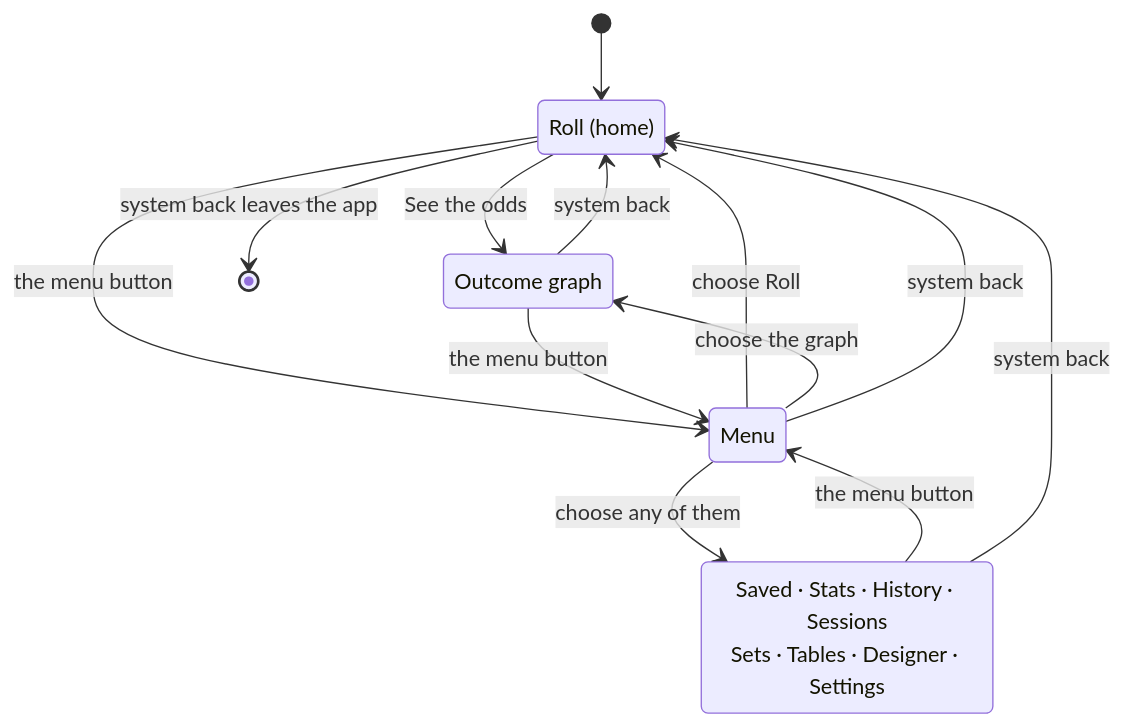
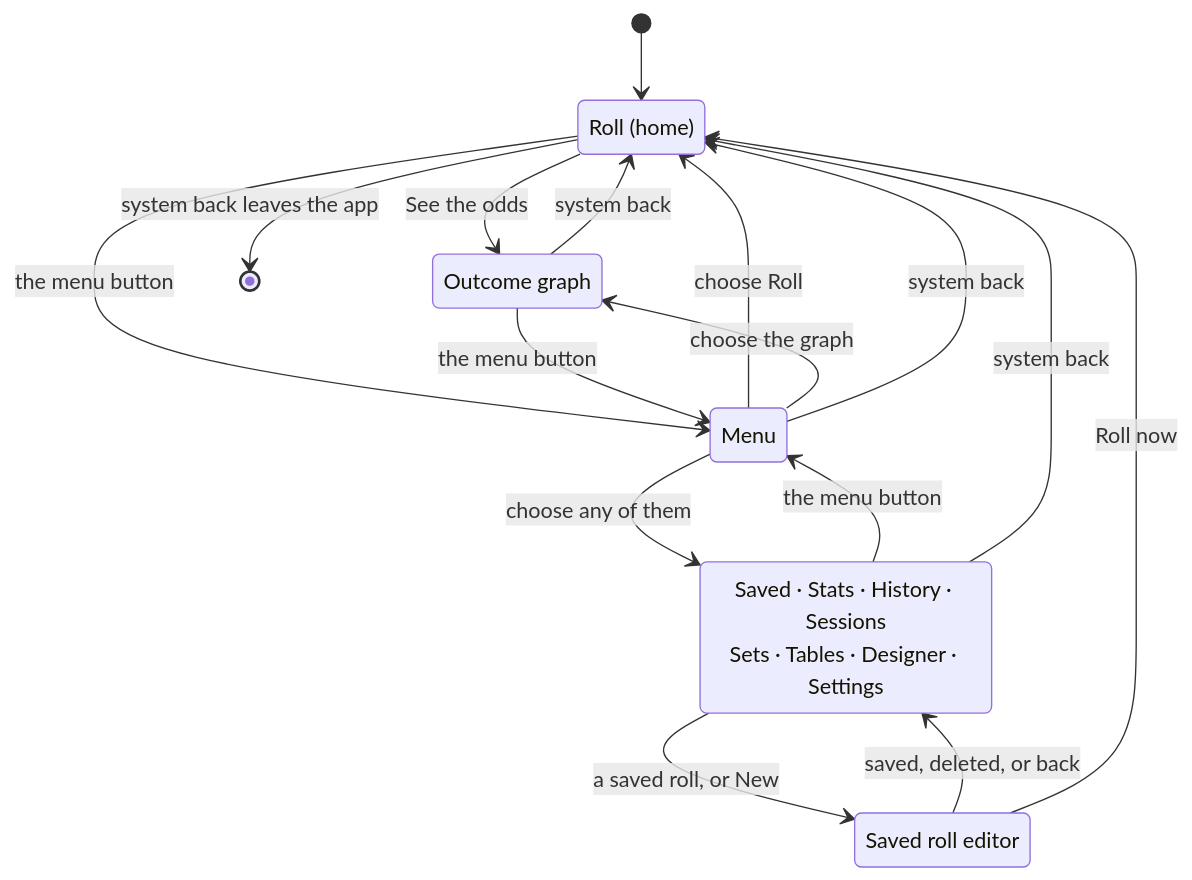
The first of 6 diagrams in docs/architecture.md (drehtuer/dInfinityApp), drawn with Mermaid before and after one commit. The commit also changed other lines of this file and 15 other files, not shown here.

First line of the commit message:
Write a saved roll down, and say what it is worth

````diff
--- a/docs/architecture.md
+++ b/docs/architecture.md
@@ -131,20 +131,24 @@
 ```mermaid
 stateDiagram-v2
     [*] --> Roll
     Roll: Roll (home)
     Menu: Menu
     Graph: Outcome graph
     Screen: Saved · Stats · History · Sessions<br/>Sets · Tables · Designer · Settings
+    Editor: Saved roll editor
 
     Roll --> Graph: See the odds
     Roll --> Menu: the menu button
+    Screen --> Editor: a saved roll, or New
+    Editor --> Screen: saved, deleted, or back
+    Editor --> Roll: Roll now
     Graph --> Menu: the menu button
     Screen --> Menu: the menu button
     Menu --> Roll: choose Roll
     Menu --> Graph: choose the graph
     Menu --> Screen: choose any of them
     Graph --> Roll: system back
     Screen --> Roll: system back
     Menu --> Roll: system back
     Roll --> [*]: system back leaves the app
 ```
````
